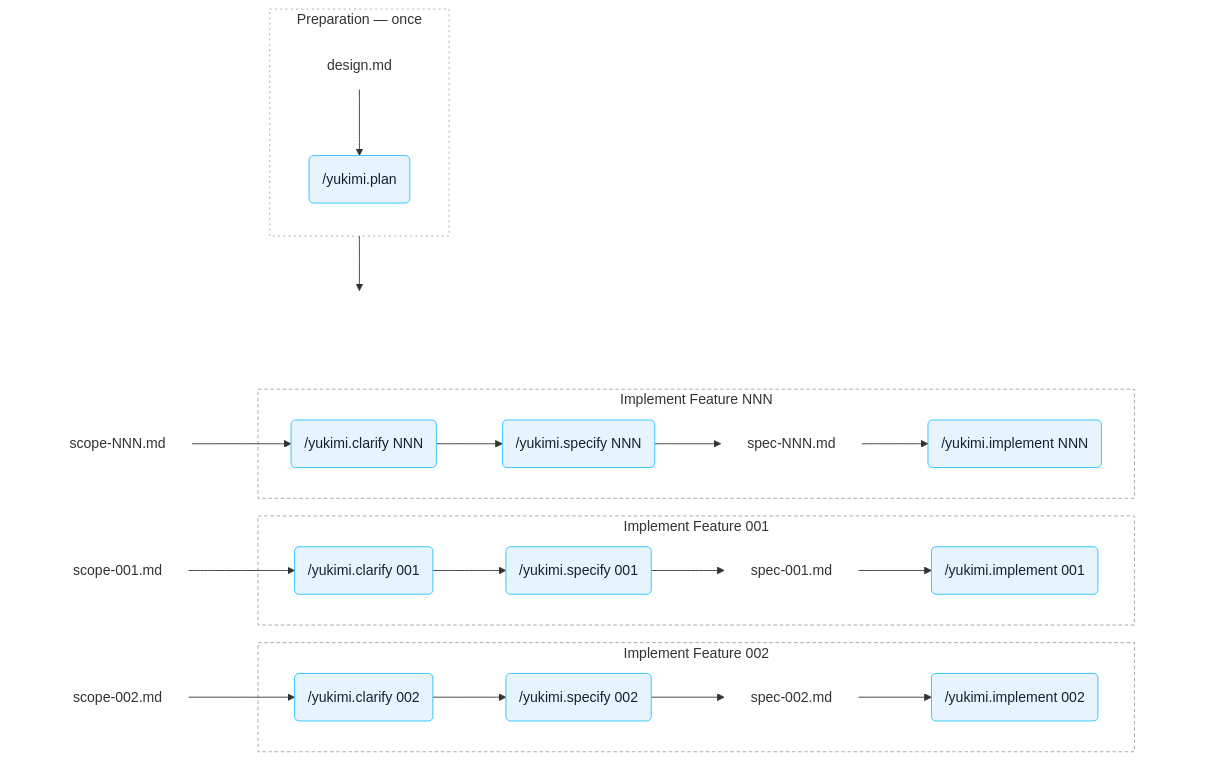
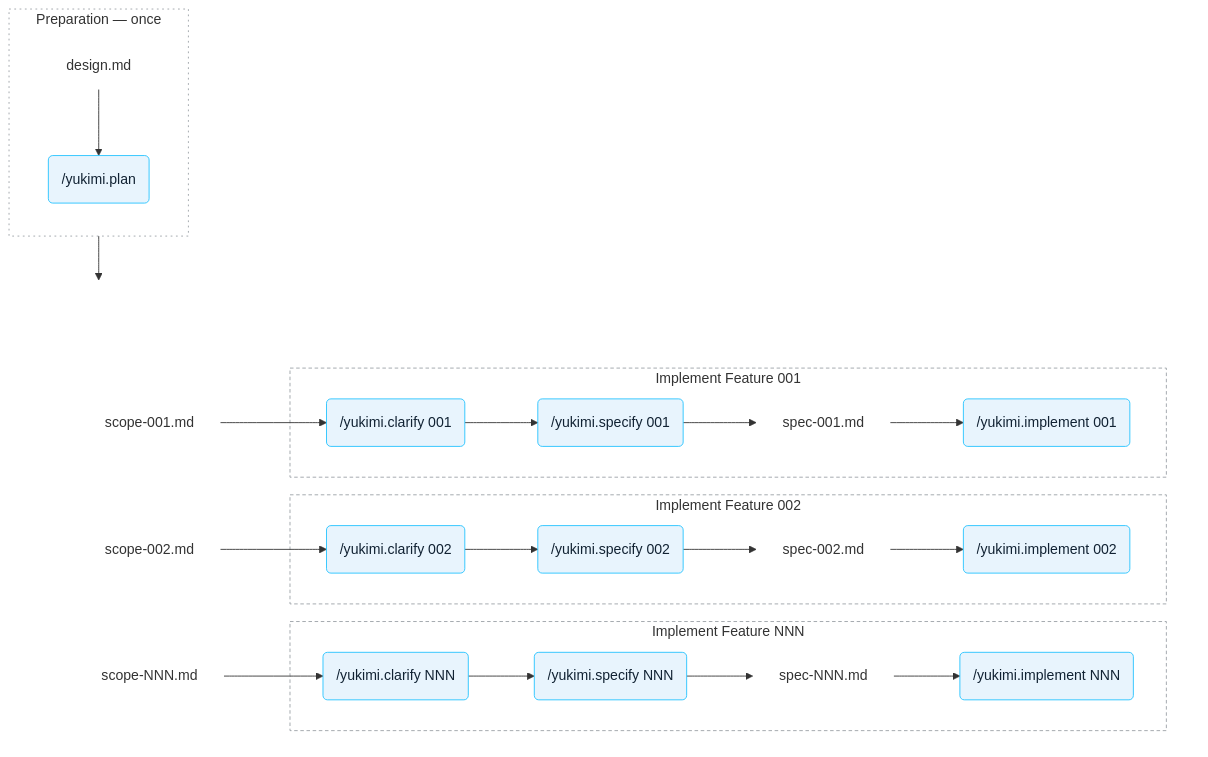
Before and after one commit to allianz/yukimi: the diagram in CONTRIBUTING.md, drawn with Mermaid.

Commit message:
improved picture

````diff
--- a/CONTRIBUTING.md
+++ b/CONTRIBUTING.md
@@ -14,60 +14,62 @@
 ```mermaid
 flowchart TB
     %% Two stacked halves. Edges run box-to-box, never from an inner node to the outside: an edge
     %% out of an inner node makes mermaid drop that box's own `direction`, and the directions are
     %% what shape this diagram (design.md above /yukimi.plan, and the feature rows left to right).
     subgraph prep["Preparation — once"]
         direction TB
         design["design.md"] --> plan("/yukimi.plan")
     end
 
     %% Left alignment: mermaid centres every rank, so the Preparation box needs something to its
     %% right to be pushed left. `spacer` is a transparent node — only its width does any work —
     %% and the invisible `~~~` link is what pins it to the same rank as the box instead of letting
     %% it float off on its own. Add or remove dots to nudge Preparation further left or right.
     spacer["........................................................................................................................................................................................."]
 
-    %% `anchor` is a second invisible node, directly below Preparation. The arrow terminates there
-    %% instead of on the wide implementation box, so it drops straight down rather than leaning
-    %% towards that box's centre. Edge order decides the left-to-right order at each rank, so the
-    %% Preparation/anchor edges come before the spacer's.
+    %% `anchor` is a second invisible node, one rank below Preparation and nothing else — that is
+    %% what makes the arrow drop straight down from the box's centre. It must NOT link to `impl`:
+    %% with that link, mermaid balances the anchor between Preparation and the wide box's centre
+    %% and the arrow leans right again. `mid` carries the invisible route down to `impl` instead,
+    %% which also gives the anchor a rank of its own so the arrow stays short.
     prep --> anchor[" "]
-    anchor ~~~ impl
-    spacer ~~~ impl
+    spacer ~~~ mid[" "]
+    mid ~~~ impl
 
-    %% Invisible grouping box. The rendered row order is not simply the declaration order — it also
-    %% depends on the order of the `scope-*` edges at the end of this block, and the two orders are
-    %% deliberately opposite. Reversing both at once changes nothing; flip exactly one.
+    %% Invisible grouping box. The rendered row order is a right-rotation of the declaration order:
+    %% declaring 001, 002, NNN comes out as NNN, 001, 002. Declaring 002, NNN, 001 is therefore what
+    %% renders 001 on top and NNN at the bottom. Verified by rendering, so change it with care.
     subgraph impl[" "]
         direction LR
-
-        subgraph spec1["Implement Feature 001"]
-            c1("/yukimi.clarify 001") --> s1("/yukimi.specify 001") --> sf1["spec-001.md"] --> i1("/yukimi.implement 001")
-        end
 
         subgraph spec2["Implement Feature 002"]
             c2("/yukimi.clarify 002") --> s2("/yukimi.specify 002") --> sf2["spec-002.md"] --> i2("/yukimi.implement 002")
         end
 
         subgraph specn["Implement Feature NNN"]
             cn("/yukimi.clarify NNN") --> sn("/yukimi.specify NNN") --> sfn["spec-NNN.md"] --> imn("/yukimi.implement NNN")
+        end
+
+        subgraph spec1["Implement Feature 001"]
+            c1("/yukimi.clarify 001") --> s1("/yukimi.specify 001") --> sf1["spec-001.md"] --> i1("/yukimi.implement 001")
         end
 
         sc1["scope-001.md"] --> c1
         sc2["scope-002.md"] --> c2
         scn["scope-NNN.md"] --> cn
     end
 
     classDef file fill:transparent,stroke:transparent,stroke-width:0
     classDef skill fill:#e8f4fd,stroke:#22c2ff,color:#123
     class design,scn,sc2,sc1,sfn,sf2,sf1 file
     class plan,cn,sn,imn,c2,s2,i2,c1,s1,i1 skill
 
     style prep fill:transparent,stroke:#9aa0a6,stroke-dasharray:2 4
     style spacer fill:transparent,stroke:transparent,color:transparent
     style anchor fill:transparent,stroke:transparent,color:transparent
+    style mid fill:transparent,stroke:transparent,color:transparent
     style impl fill:transparent,stroke:transparent
     style spec1 fill:transparent,stroke:#9aa0a6,stroke-dasharray:4 3
     style spec2 fill:transparent,stroke:#9aa0a6,stroke-dasharray:4 3
     style specn fill:transparent,stroke:#9aa0a6,stroke-dasharray:4 3
 ```
````
